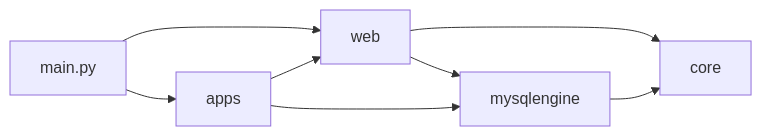
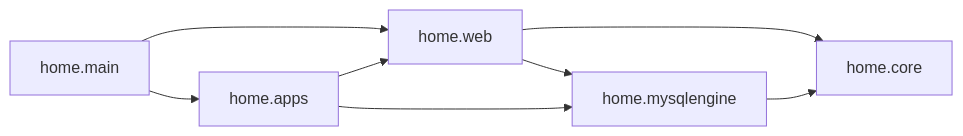
The diagram in docs/architecture/project-overview.md (swxs/home), drawn with Mermaid before and after one commit. The commit also changed other lines of this file and 376 other files, not shown here.

````diff
--- a/docs/architecture/project-overview.md
+++ b/docs/architecture/project-overview.md
@@ -9,10 +9,10 @@
 ```mermaid
 flowchart LR
-    main[main.py] --> web[web]
-    main --> apps[apps]
-    web --> core[core]
-    web --> mysqlengine[mysqlengine]
+    main[home.main] --> web[home.web]
+    main --> apps[home.apps]
+    web --> core[home.core]
+    web --> mysqlengine[home.mysqlengine]
     apps --> web
     apps --> mysqlengine
     mysqlengine --> core
 ```
````
